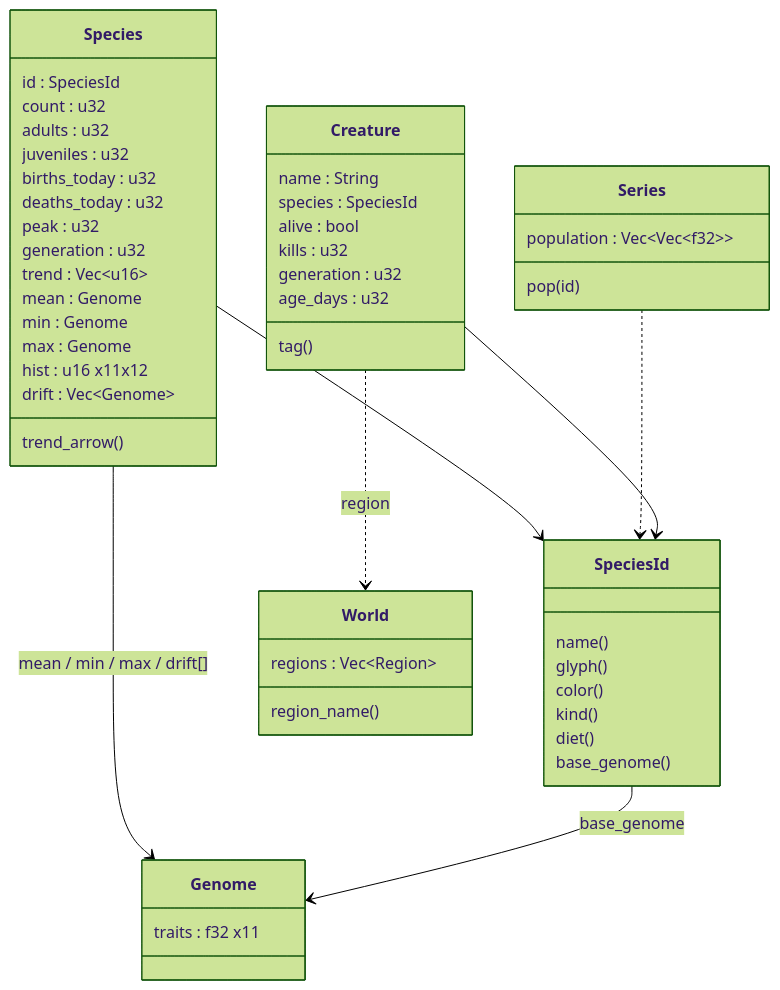
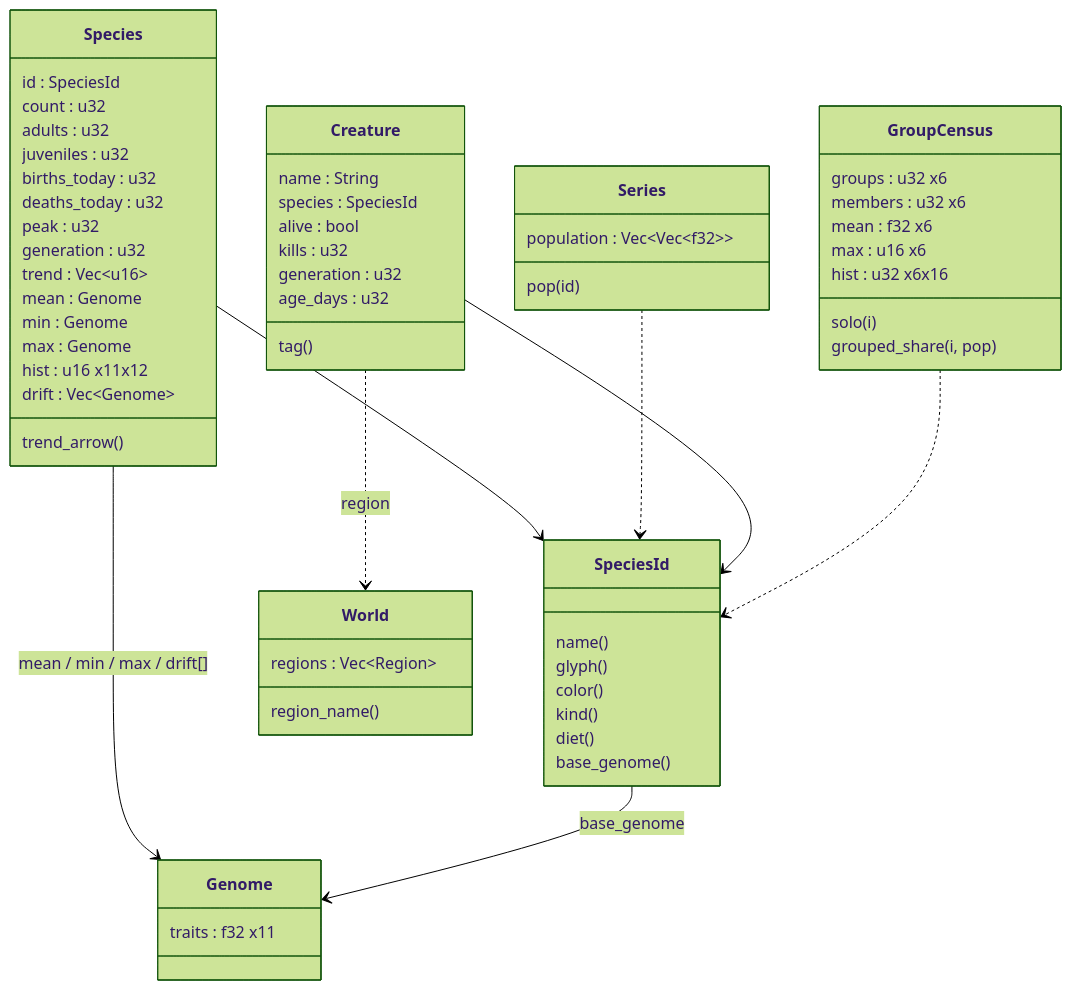
The third of 3 diagrams in docs/screens/s04-species-browser.md (sbayer55/sim-fortress), drawn with Mermaid (forest theme) before and after one commit. The commit also changed other lines of this file and 43 other files, not shown here.

````diff
--- a/docs/screens/s04-species-browser.md
+++ b/docs/screens/s04-species-browser.md
@@ -81,54 +82,64 @@
 ```mermaid
 classDiagram
     class Species {
         id : SpeciesId
         count : u32
         adults : u32
         juveniles : u32
         births_today : u32
         deaths_today : u32
         peak : u32
         generation : u32
         trend : Vec~u16~
         mean : Genome
         min : Genome
         max : Genome
         hist : u16 x11x12
         drift : Vec~Genome~
         trend_arrow()
     }
     class SpeciesId {
         name()
         glyph()
         color()
         kind()
         diet()
         base_genome()
     }
     class Genome {
         traits : f32 x11
     }
     class Series {
         population : Vec~Vec~f32~~
         pop(id)
     }
     class Creature {
         name : String
         species : SpeciesId
         alive : bool
         kills : u32
         generation : u32
         age_days : u32
         tag()
     }
     class World {
         regions : Vec~Region~
         region_name()
     }
+    class GroupCensus {
+        groups : u32 x6
+        members : u32 x6
+        mean : f32 x6
+        max : u16 x6
+        hist : u32 x6x16
+        solo(i)
+        grouped_share(i, pop)
+    }
     Species --> SpeciesId
     Species --> Genome : mean / min / max / drift[]
     SpeciesId --> Genome : base_genome
     Series ..> SpeciesId
     Creature --> SpeciesId
     Creature ..> World : region
+    GroupCensus ..> SpeciesId
 ```
````
